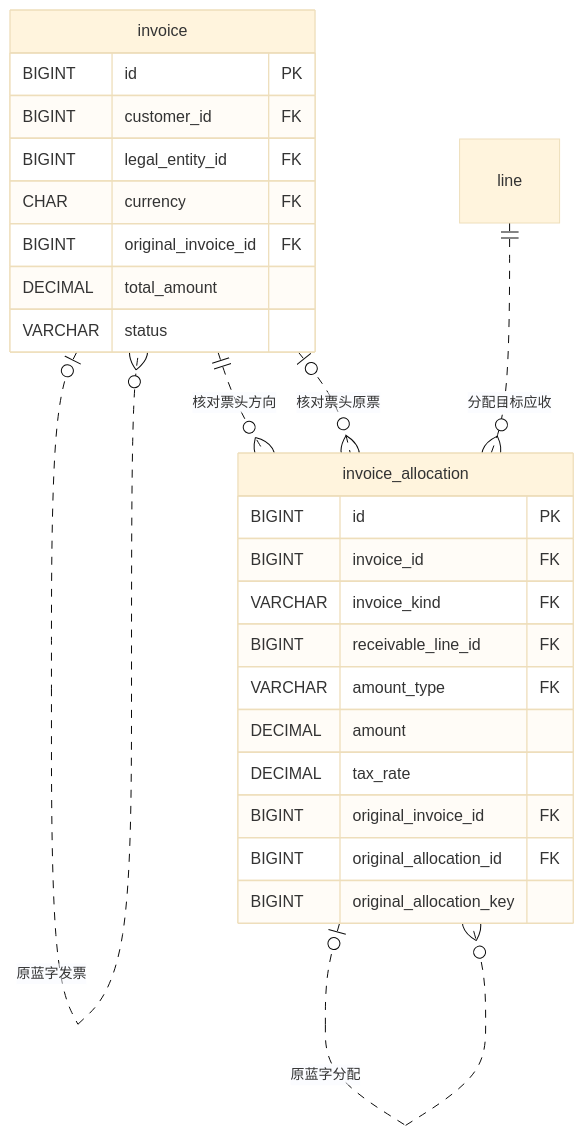
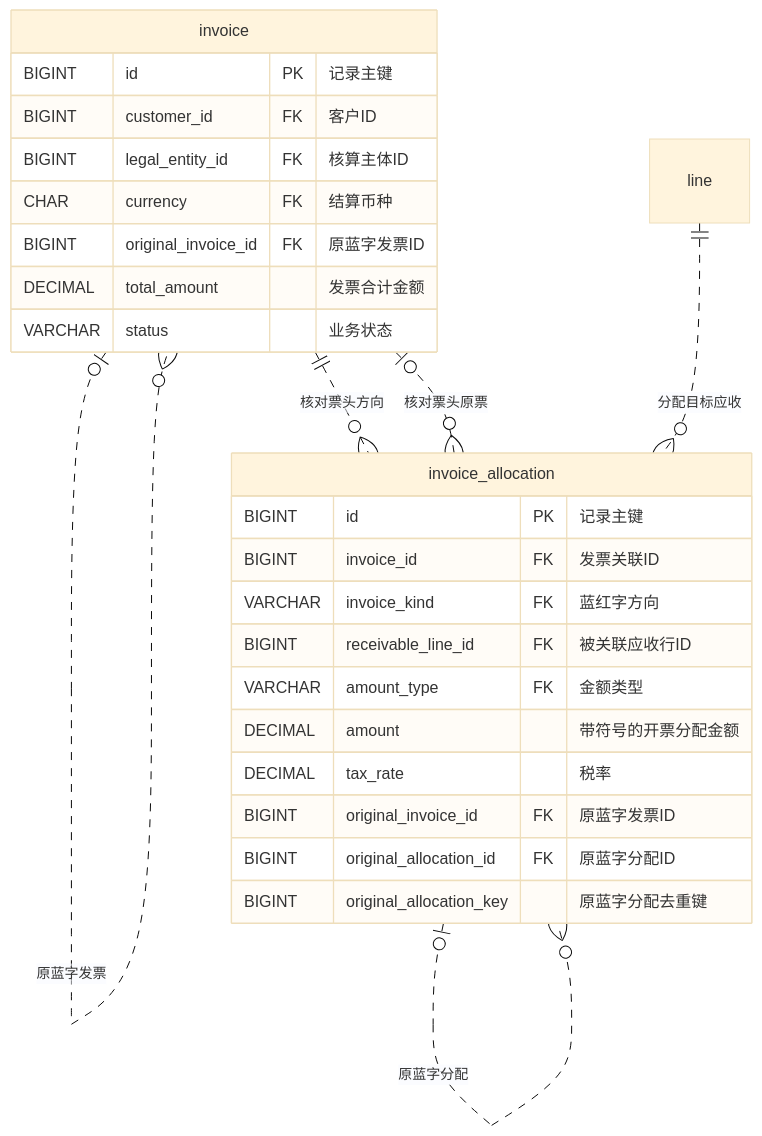
Before and after one commit to PunjabLee/OMS_AR: the fifth of 6 diagrams in docs/handbook/05-entity-relationships.md, drawn with Mermaid (base theme). The commit also changed other lines of this file, not shown here.

Commit message:
docs(ar): show Chinese field descriptions inside ER diagrams

````diff
--- a/docs/handbook/05-entity-relationships.md
+++ b/docs/handbook/05-entity-relationships.md
@@ -237,29 +237,29 @@
 ```mermaid
 erDiagram
     invoice {
-        BIGINT id PK
-        BIGINT customer_id FK
-        BIGINT legal_entity_id FK
-        CHAR currency FK
-        BIGINT original_invoice_id FK
-        DECIMAL total_amount
-        VARCHAR status
+        BIGINT id PK "记录主键"
+        BIGINT customer_id FK "客户ID"
+        BIGINT legal_entity_id FK "核算主体ID"
+        CHAR currency FK "结算币种"
+        BIGINT original_invoice_id FK "原蓝字发票ID"
+        DECIMAL total_amount "发票合计金额"
+        VARCHAR status "业务状态"
     }
     invoice_allocation {
-        BIGINT id PK
-        BIGINT invoice_id FK
-        VARCHAR invoice_kind FK
-        BIGINT receivable_line_id FK
-        VARCHAR amount_type FK
-        DECIMAL amount
-        DECIMAL tax_rate
-        BIGINT original_invoice_id FK
-        BIGINT original_allocation_id FK
-        BIGINT original_allocation_key
+        BIGINT id PK "记录主键"
+        BIGINT invoice_id FK "发票关联ID"
+        VARCHAR invoice_kind FK "蓝红字方向"
+        BIGINT receivable_line_id FK "被关联应收行ID"
+        VARCHAR amount_type FK "金额类型"
+        DECIMAL amount "带符号的开票分配金额"
+        DECIMAL tax_rate "税率"
+        BIGINT original_invoice_id FK "原蓝字发票ID"
+        BIGINT original_allocation_id FK "原蓝字分配ID"
+        BIGINT original_allocation_key "原蓝字分配去重键"
     }
     invoice o|..o{ invoice : "原蓝字发票"
     invoice ||..o{ invoice_allocation : "核对票头方向"
     invoice o|..o{ invoice_allocation : "核对票头原票"
     line ||..o{ invoice_allocation : "分配目标应收"
     invoice_allocation o|..o{ invoice_allocation : "原蓝字分配"
 ```
````
